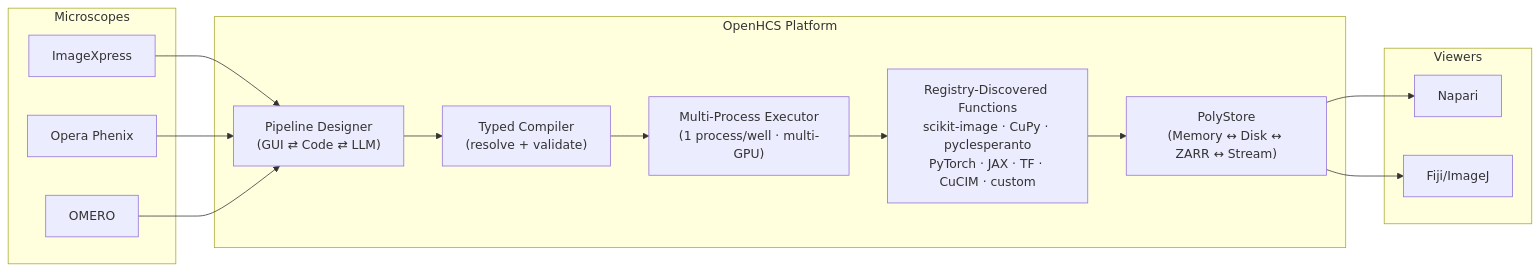
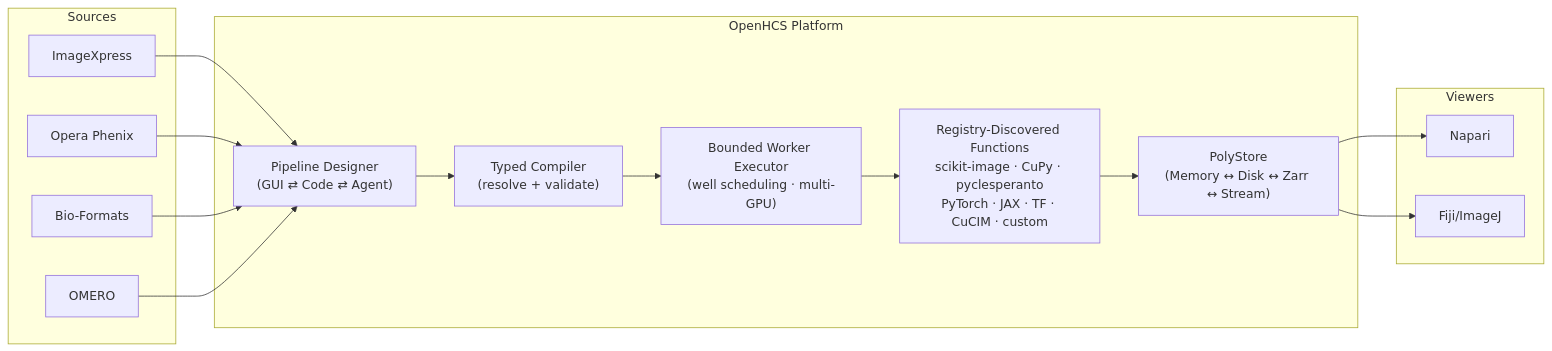
Before and after one commit to trissim/openhcs: the first of 2 diagrams in README.md, drawn with Mermaid. The commit also changed other lines of this file and 2 other files, not shown here.

````diff
--- a/README.md
+++ b/README.md
@@ -37,29 +49,31 @@
 ```mermaid
 graph LR
-    subgraph Microscopes
+    subgraph Sources
         IX[ImageXpress]
         OP[Opera Phenix]
+        BF[Bio-Formats]
         OM[OMERO]
     end
 
     subgraph OpenHCS Platform
-        PD["Pipeline Designer<br/>(GUI ⇄ Code ⇄ LLM)"]
+        PD["Pipeline Designer<br/>(GUI ⇄ Code ⇄ Agent)"]
         CO["Typed Compiler<br/>(resolve + validate)"]
-        EX["Multi-Process Executor<br/>(1 process/well · multi-GPU)"]
+        EX["Bounded Worker Executor<br/>(well scheduling · multi-GPU)"]
         FN["Registry-Discovered Functions<br/>scikit-image · CuPy · pyclesperanto<br/>PyTorch · JAX · TF · CuCIM · custom"]
-        PS["PolyStore<br/>(Memory ↔ Disk ↔ ZARR ↔ Stream)"]
+        PS["PolyStore<br/>(Memory ↔ Disk ↔ Zarr ↔ Stream)"]
     end
 
     subgraph Viewers
         NA[Napari]
         FJ[Fiji/ImageJ]
     end
 
     IX --> PD
     OP --> PD
+    BF --> PD
     OM --> PD
     PD --> CO --> EX
     EX --> FN --> PS
     PS --> NA
     PS --> FJ
 ```
````
